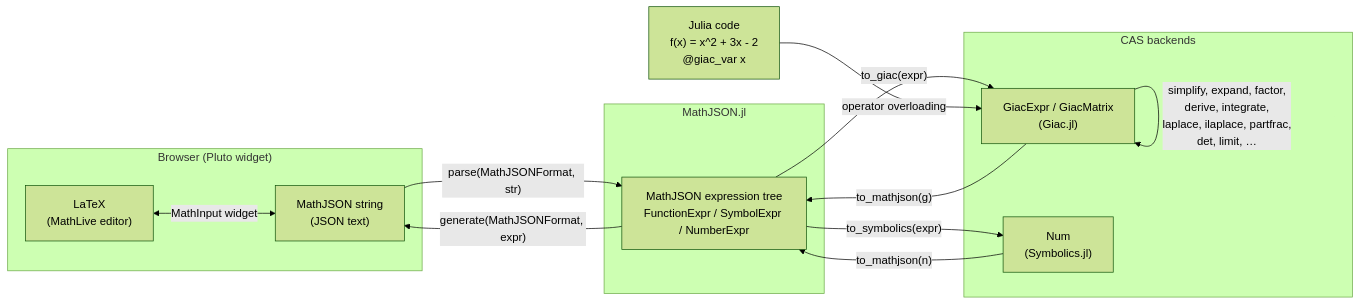
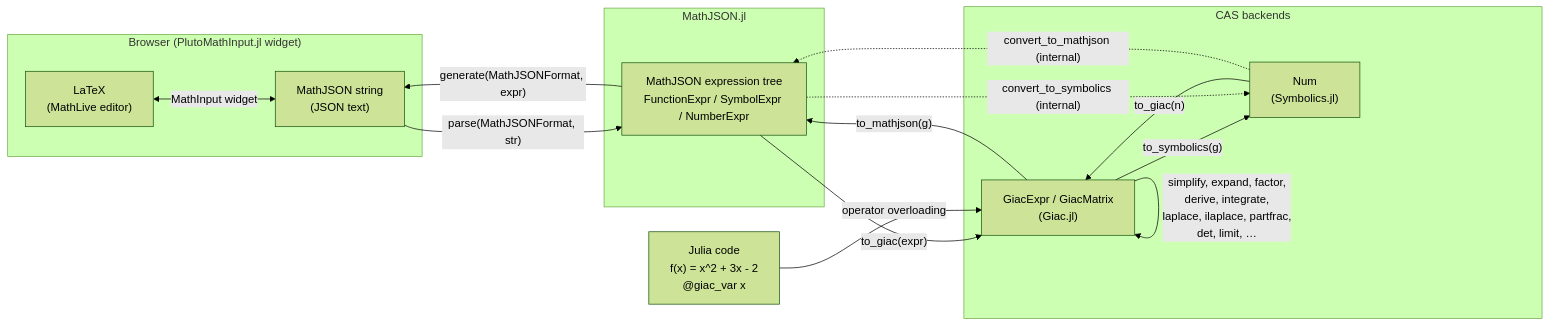
One commit to s-celles/MathJSONComputeEngineBridge.jl changed the first of 3 diagrams in docs/src/formula-flows.md. Above: the diagram before and after it, drawn with Mermaid (forest theme). The commit also changed other lines of this file, not shown here.

````diff
--- a/docs/src/formula-flows.md
+++ b/docs/src/formula-flows.md
@@ -19,32 +19,35 @@
 ```mermaid
 flowchart LR
-    subgraph Browser["Browser (Pluto widget)"]
+    subgraph Browser["Browser (PlutoMathInput.jl widget)"]
         LATEX["LaTeX\n(MathLive editor)"]
         MJSTR["MathJSON string\n(JSON text)"]
         LATEX <-- "MathInput widget" --> MJSTR
     end
 
     subgraph MathJSONjl["MathJSON.jl"]
         TREE["MathJSON expression tree\nFunctionExpr / SymbolExpr / NumberExpr"]
     end
 
     subgraph CAS["CAS backends"]
         GIAC["GiacExpr / GiacMatrix\n(Giac.jl)"]
         SYM["Num\n(Symbolics.jl)"]
     end
 
     JULIA["Julia code\nf(x) = x^2 + 3x - 2\n@giac_var x"]
 
     MJSTR -- "parse(MathJSONFormat, str)" --> TREE
     TREE -- "generate(MathJSONFormat, expr)" --> MJSTR
 
     TREE -- "to_giac(expr)" --> GIAC
     GIAC -- "to_mathjson(g)" --> TREE
 
-    TREE -- "to_symbolics(expr)" --> SYM
-    SYM -- "to_mathjson(n)" --> TREE
+    GIAC -- "to_symbolics(g)" --> SYM
+    SYM -- "to_giac(n)" --> GIAC
+
+    TREE -. "convert_to_symbolics (internal)" .-> SYM
+    SYM -. "convert_to_mathjson (internal)" .-> TREE
 
     JULIA -- "operator overloading" --> GIAC
 
     GIAC -- "simplify, expand, factor,\nderive, integrate,\nlaplace, ilaplace, partfrac,\ndet, limit, …" --> GIAC
 ```
````
